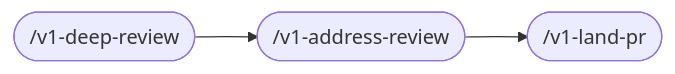
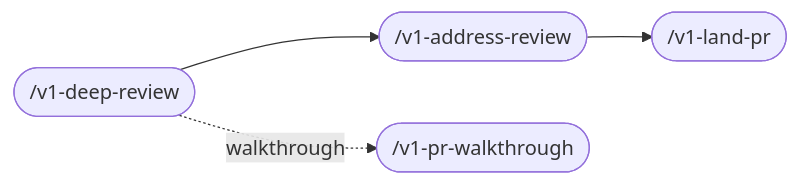
The fourth of 6 diagrams in README.md (v1-io/v1tamins), drawn with Mermaid before and after one commit. The commit also changed other lines of this file and 8 other files, not shown here.

Commit message:
Add PR walkthrough skill

````diff
--- a/README.md
+++ b/README.md
@@ -330,8 +334,10 @@
 ```mermaid
 flowchart LR
   A([/v1-deep-review]) --> B([/v1-address-review])
+  A -.walkthrough.-> D([/v1-pr-walkthrough])
   B --> C([/v1-land-pr])
   click A href "./plugins/v1tamins/skills/v1-deep-review/SKILL.md"
   click B href "./plugins/v1tamins/skills/v1-address-review/SKILL.md"
   click C href "./plugins/v1tamins/skills/v1-land-pr/SKILL.md"
+  click D href "./plugins/v1tamins/skills/v1-pr-walkthrough/SKILL.md"
 ```
````
